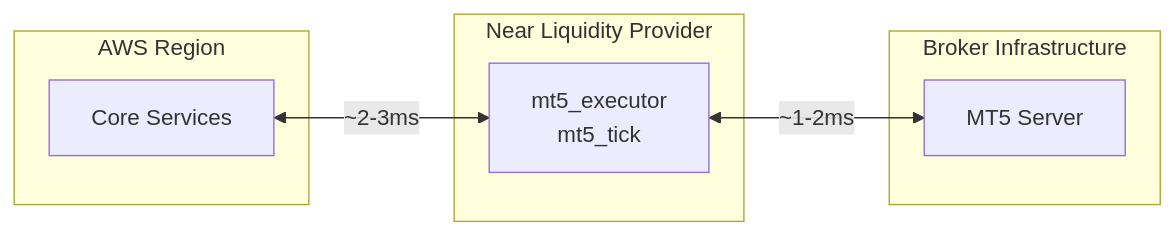
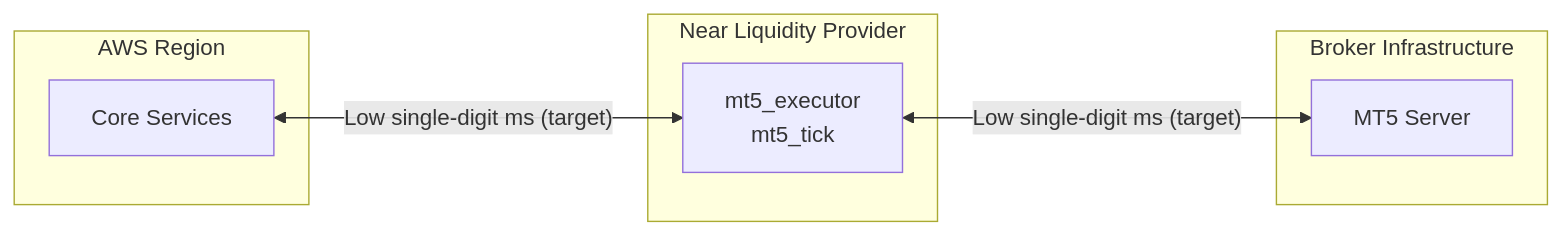
Before and after one commit to blackholefund/external_docs: the seventh of 7 diagrams in docs/architecture/overview.md, drawn with Mermaid. The commit also changed other lines of this file and 13 other files, not shown here.

````diff
--- a/docs/architecture/overview.md
+++ b/docs/architecture/overview.md
@@ -303,17 +301,17 @@
 ```mermaid
 flowchart LR
     subgraph AWS["AWS Region"]
         Core["Core Services"]
     end
 
     subgraph LP["Near Liquidity Provider"]
         Exec["mt5_executor\nmt5_tick"]
     end
 
     subgraph Broker["Broker Infrastructure"]
         MT5["MT5 Server"]
     end
 
-    Core <-->|"~2-3ms"| Exec
-    Exec <-->|"~1-2ms"| MT5
+    Core <-->|"Low single-digit ms (target)"| Exec
+    Exec <-->|"Low single-digit ms (target)"| MT5
 ```
````
